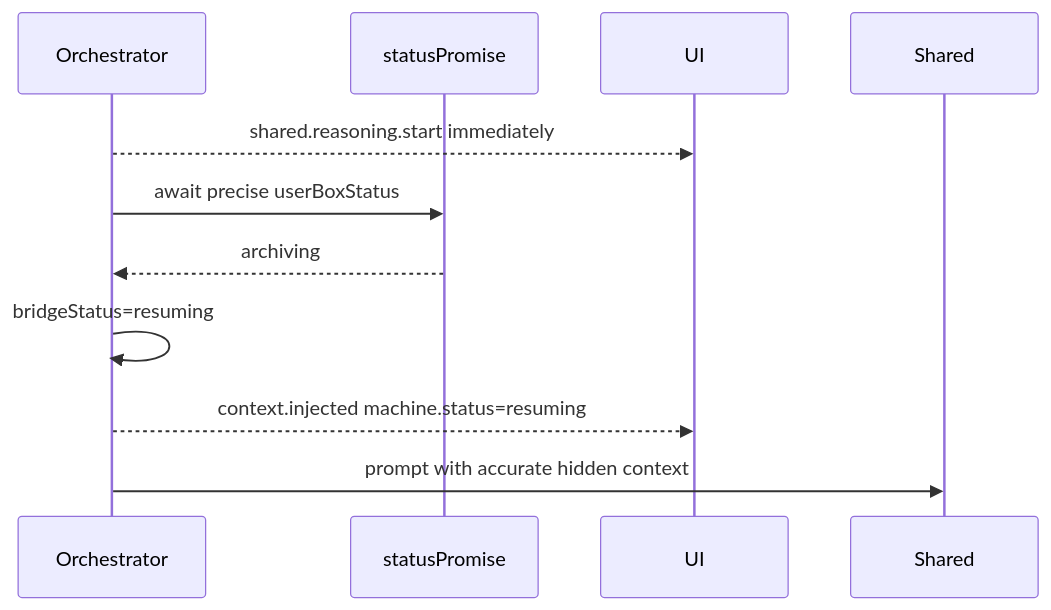
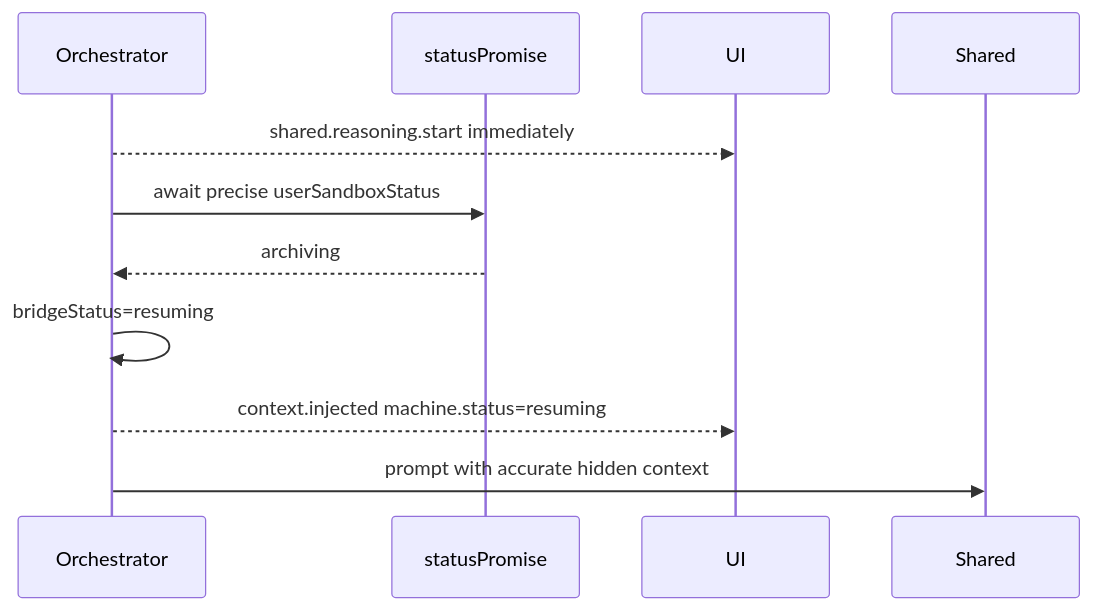
Before and after one commit to ariana-dot-dev/optibox: diagram 15 of 15 in docs/optibox-handoff-technical-report.md, drawn with Mermaid. The commit also changed other lines of this file and 26 other files, not shown here.

First line of the commit message:
rename Box to Boat: the product is Boat, the machine is a sandbox

````diff
--- a/docs/optibox-handoff-technical-report.md
+++ b/docs/optibox-handoff-technical-report.md
@@ -617,11 +617,11 @@
 ```mermaid
 sequenceDiagram
     participant O as Orchestrator
     participant Status as statusPromise
     O-->>UI: shared.reasoning.start immediately
-    O->>Status: await precise userBoxStatus
+    O->>Status: await precise userSandboxStatus
     Status-->>O: archiving
     O->>O: bridgeStatus=resuming
     O-->>UI: context.injected machine.status=resuming
     O->>Shared: prompt with accurate hidden context
 ```
````
